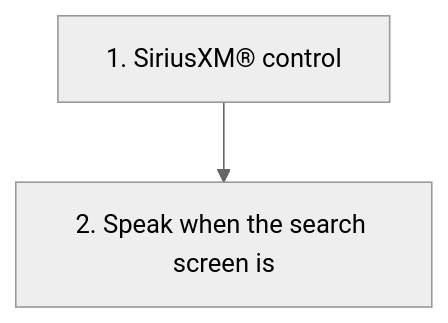
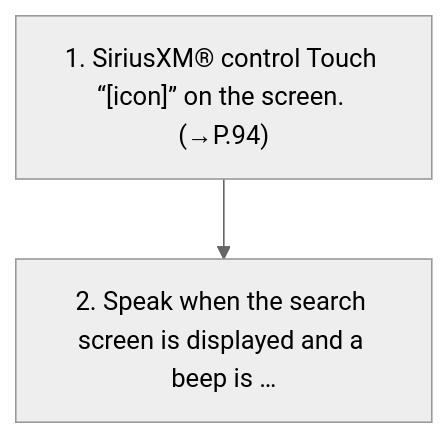
One commit to Chieko-Y/my-spec-generator changed the diagram in workspace/subaru/outback-2026/ivi/published/audio/12-searching-for-a-current-content.md. Above: the diagram before and after it, drawn with Mermaid (neutral theme). The commit also changed other lines of this file and 477 other files, not shown here.

````diff
--- a/workspace/subaru/outback-2026/ivi/published/audio/12-searching-for-a-current-content.md
+++ b/workspace/subaru/outback-2026/ivi/published/audio/12-searching-for-a-current-content.md
@@ -14,6 +14,6 @@
 ```mermaid
 flowchart TD
-    S1["1. SiriusXM® control"]
-    S2["2. Speak when the search screen is"]
+    S1["1. SiriusXM® control Touch “[icon]” on the screen. (→P.94)"]
+    S2["2. Speak when the search screen is displayed and a beep is …"]
     S1 --> S2
 ```
````
